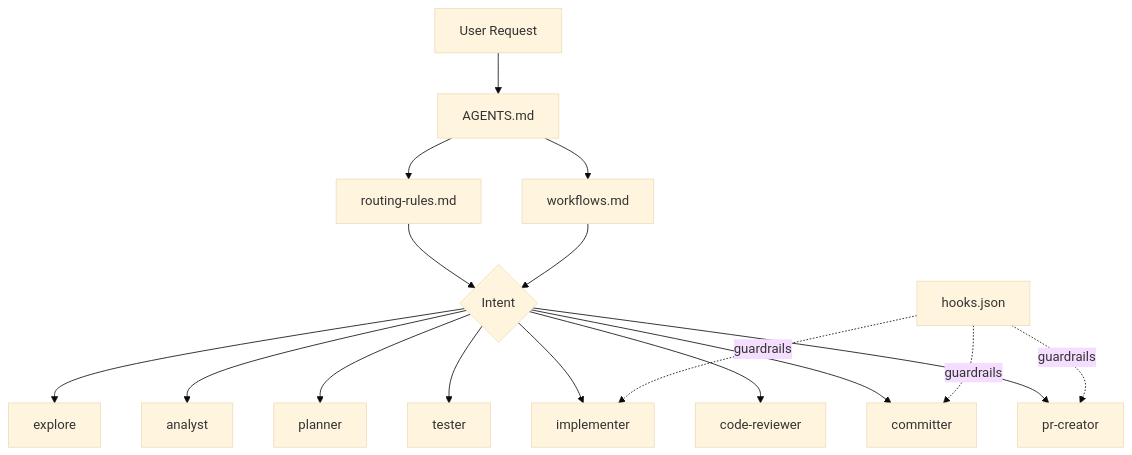
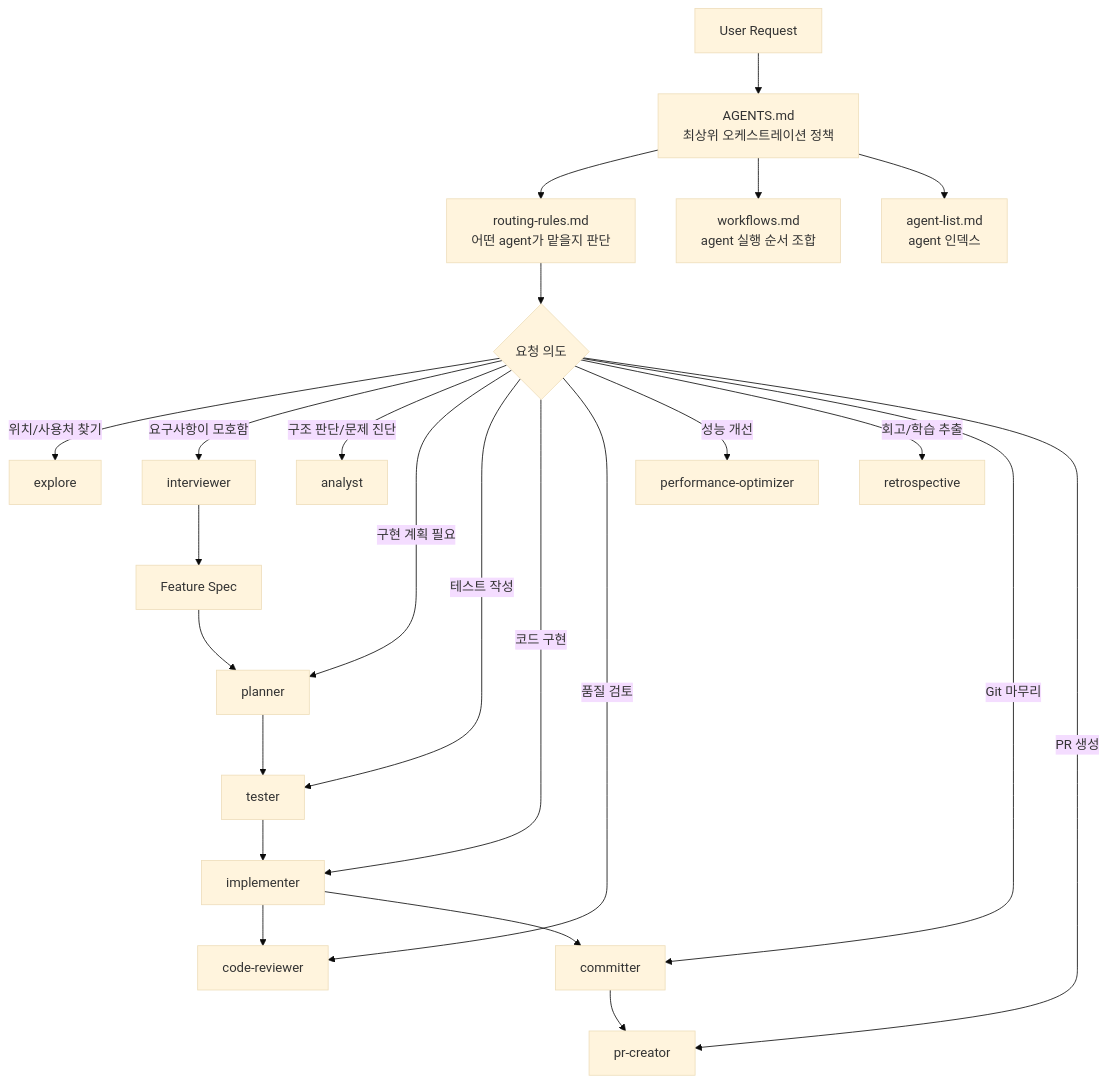
Before and after one commit to chanho0908/Keepiluv-Agent: the first of 8 diagrams in README.md, drawn with Mermaid (base theme). The commit also changed other lines of this file and 11 other files, not shown here.

````diff
--- a/README.md
+++ b/README.md
@@ -46,22 +16,30 @@
 ```mermaid
 flowchart TD
-    U["User Request"] --> A["AGENTS.md"]
-    A --> R["routing-rules.md"]
-    A --> W["workflows.md"]
+    U["User Request"] --> A["AGENTS.md<br/>최상위 오케스트레이션 정책"]
 
-    R --> D{"Intent"}
-    W --> D
+    A --> R["routing-rules.md<br/>어떤 agent가 맡을지 판단"]
+    A --> W["workflows.md<br/>agent 실행 순서 조합"]
+    A --> L["agent-list.md<br/>agent 인덱스"]
 
-    D --> E1["explore"]
-    D --> E2["analyst"]
-    D --> E3["planner"]
-    D --> E4["tester"]
-    D --> E5["implementer"]
-    D --> E6["code-reviewer"]
-    D --> E7["committer"]
-    D --> E8["pr-creator"]
+    R --> D{"요청 의도"}
 
-    H["hooks.json"] -.guardrails.-> E5
-    H -.guardrails.-> E7
-    H -.guardrails.-> E8
+    D -->|위치/사용처 찾기| EX["explore"]
+    D -->|요구사항이 모호함| IN["interviewer"]
+    D -->|구조 판단/문제 진단| AN["analyst"]
+    D -->|구현 계획 필요| PL["planner"]
+    D -->|테스트 작성| TE["tester"]
+    D -->|코드 구현| IM["implementer"]
+    D -->|품질 검토| CR["code-reviewer"]
+    D -->|성능 개선| PO["performance-optimizer"]
+    D -->|회고/학습 추출| RE["retrospective"]
+    D -->|Git 마무리| CO["committer"]
+    D -->|PR 생성| PR["pr-creator"]
+
+    IN --> FS["Feature Spec"]
+    FS --> PL
+    PL --> TE
+    TE --> IM
+    IM --> CR
+    IM --> CO
+    CO --> PR
 ```
````
